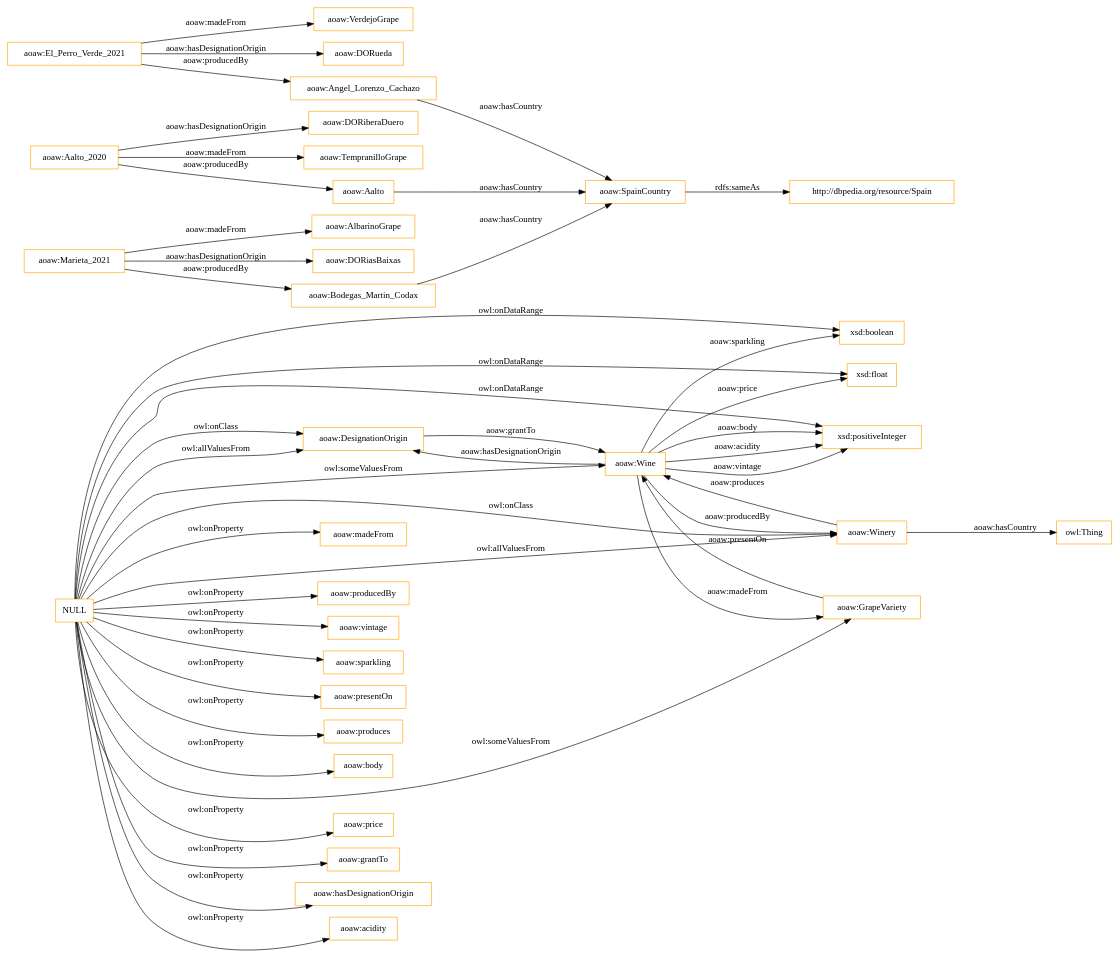
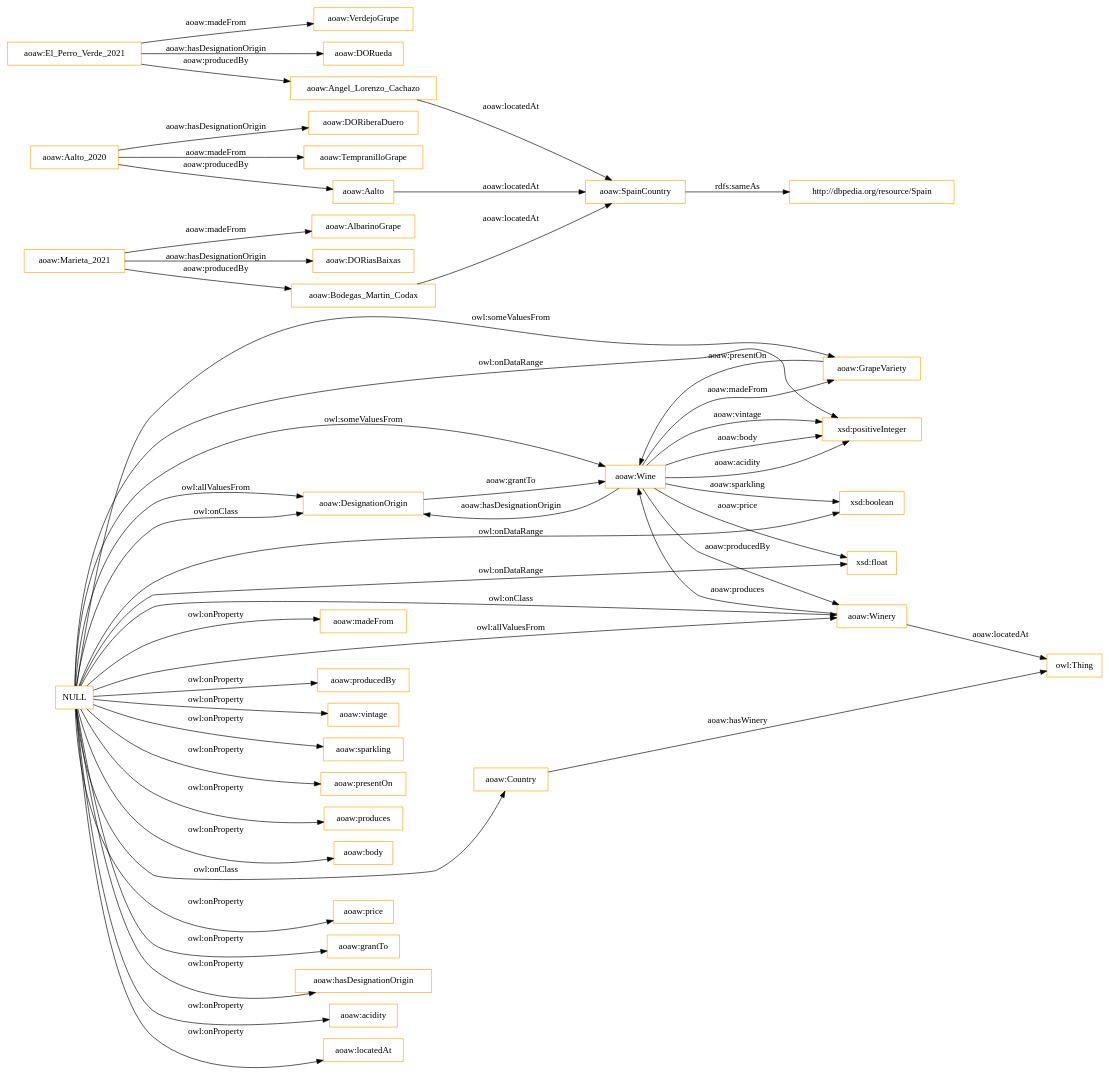
One commit to dcordobar/aoaw changed the diagram in OnToology/aoaw.rdf/diagrams/ar2dtool-class/aoaw.rdf.png.dot. Above: the diagram before and after it, drawn with Graphviz. The commit also changed 9 other files, not shown here.

```diff
--- a/OnToology/aoaw.rdf/diagrams/ar2dtool-class/aoaw.rdf.png.dot
+++ b/OnToology/aoaw.rdf/diagrams/ar2dtool-class/aoaw.rdf.png.dot
@@ -1,51 +1,54 @@
 digraph ar2dtool_diagram { 
 rankdir=LR;
 size="1501"
-node [shape = rectangle, color="orange"]; "aoaw:DesignationOrigin" "aoaw:VerdejoGrape" "aoaw:DORiberaDuero" "aoaw:Wine" "aoaw:AlbarinoGrape" "aoaw:TempranilloGrape" "aoaw:Winery" "aoaw:DORueda" "aoaw:DORiasBaixas" "aoaw:GrapeVariety" ; /*classes style*/
+node [shape = rectangle, color="orange"]; "aoaw:DesignationOrigin" "aoaw:VerdejoGrape" "aoaw:DORiberaDuero" "aoaw:Wine" "aoaw:AlbarinoGrape" "aoaw:TempranilloGrape" "aoaw:Winery" "aoaw:DORueda" "aoaw:DORiasBaixas" "aoaw:Country" "aoaw:GrapeVariety" ; /*classes style*/
 	"NULL" -> "xsd:boolean" [ label = "owl:onDataRange" ];
 	"NULL" -> "aoaw:madeFrom" [ label = "owl:onProperty" ];
 	"NULL" -> "xsd:float" [ label = "owl:onDataRange" ];
 	"NULL" -> "aoaw:GrapeVariety" [ label = "owl:someValuesFrom" ];
 	"NULL" -> "aoaw:producedBy" [ label = "owl:onProperty" ];
 	"NULL" -> "aoaw:Winery" [ label = "owl:onClass" ];
 	"NULL" -> "aoaw:DesignationOrigin" [ label = "owl:allValuesFrom" ];
 	"NULL" -> "aoaw:vintage" [ label = "owl:onProperty" ];
+	"NULL" -> "aoaw:Country" [ label = "owl:onClass" ];
 	"NULL" -> "aoaw:sparkling" [ label = "owl:onProperty" ];
 	"NULL" -> "aoaw:presentOn" [ label = "owl:onProperty" ];
 	"NULL" -> "aoaw:produces" [ label = "owl:onProperty" ];
 	"NULL" -> "aoaw:Wine" [ label = "owl:someValuesFrom" ];
 	"NULL" -> "aoaw:body" [ label = "owl:onProperty" ];
 	"NULL" -> "xsd:positiveInteger" [ label = "owl:onDataRange" ];
 	"NULL" -> "aoaw:price" [ label = "owl:onProperty" ];
 	"NULL" -> "aoaw:grantTo" [ label = "owl:onProperty" ];
 	"NULL" -> "aoaw:hasDesignationOrigin" [ label = "owl:onProperty" ];
 	"NULL" -> "aoaw:DesignationOrigin" [ label = "owl:onClass" ];
 	"NULL" -> "aoaw:acidity" [ label = "owl:onProperty" ];
 	"NULL" -> "aoaw:Winery" [ label = "owl:allValuesFrom" ];
+	"NULL" -> "aoaw:locatedAt" [ label = "owl:onProperty" ];
 	"aoaw:Aalto_2020" -> "aoaw:TempranilloGrape" [ label = "aoaw:madeFrom" ];
 	"aoaw:Aalto_2020" -> "aoaw:Aalto" [ label = "aoaw:producedBy" ];
 	"aoaw:Aalto_2020" -> "aoaw:DORiberaDuero" [ label = "aoaw:hasDesignationOrigin" ];
-	"aoaw:Angel_Lorenzo_Cachazo" -> "aoaw:SpainCountry" [ label = "aoaw:hasCountry" ];
+	"aoaw:Angel_Lorenzo_Cachazo" -> "aoaw:SpainCountry" [ label = "aoaw:locatedAt" ];
 	"aoaw:El_Perro_Verde_2021" -> "aoaw:DORueda" [ label = "aoaw:hasDesignationOrigin" ];
 	"aoaw:El_Perro_Verde_2021" -> "aoaw:Angel_Lorenzo_Cachazo" [ label = "aoaw:producedBy" ];
 	"aoaw:El_Perro_Verde_2021" -> "aoaw:VerdejoGrape" [ label = "aoaw:madeFrom" ];
-	"aoaw:Bodegas_Martin_Codax" -> "aoaw:SpainCountry" [ label = "aoaw:hasCountry" ];
+	"aoaw:Bodegas_Martin_Codax" -> "aoaw:SpainCountry" [ label = "aoaw:locatedAt" ];
 	"aoaw:SpainCountry" -> "http://dbpedia.org/resource/Spain" [ label = "rdfs:sameAs" ];
-	"aoaw:Aalto" -> "aoaw:SpainCountry" [ label = "aoaw:hasCountry" ];
+	"aoaw:Aalto" -> "aoaw:SpainCountry" [ label = "aoaw:locatedAt" ];
 	"aoaw:Marieta_2021" -> "aoaw:AlbarinoGrape" [ label = "aoaw:madeFrom" ];
 	"aoaw:Marieta_2021" -> "aoaw:Bodegas_Martin_Codax" [ label = "aoaw:producedBy" ];
 	"aoaw:Marieta_2021" -> "aoaw:DORiasBaixas" [ label = "aoaw:hasDesignationOrigin" ];
 	"aoaw:GrapeVariety" -> "aoaw:Wine" [ label = "aoaw:presentOn" ];
+	"aoaw:Country" -> "owl:Thing" [ label = "aoaw:hasWinery" ];
 	"aoaw:Wine" -> "xsd:positiveInteger" [ label = "aoaw:body" ];
 	"aoaw:DesignationOrigin" -> "aoaw:Wine" [ label = "aoaw:grantTo" ];
-	"aoaw:Wine" -> "xsd:positiveInteger" [ label = "aoaw:acidity" ];
-	"aoaw:Wine" -> "xsd:positiveInteger" [ label = "aoaw:vintage" ];
-	"aoaw:Winery" -> "owl:Thing" [ label = "aoaw:hasCountry" ];
-	"aoaw:Wine" -> "xsd:boolean" [ label = "aoaw:sparkling" ];
 	"aoaw:Wine" -> "aoaw:GrapeVariety" [ label = "aoaw:madeFrom" ];
 	"aoaw:Wine" -> "aoaw:Winery" [ label = "aoaw:producedBy" ];
+	"aoaw:Wine" -> "aoaw:DesignationOrigin" [ label = "aoaw:hasDesignationOrigin" ];
+	"aoaw:Wine" -> "xsd:positiveInteger" [ label = "aoaw:acidity" ];
+	"aoaw:Winery" -> "owl:Thing" [ label = "aoaw:locatedAt" ];
+	"aoaw:Wine" -> "xsd:positiveInteger" [ label = "aoaw:vintage" ];
+	"aoaw:Wine" -> "xsd:boolean" [ label = "aoaw:sparkling" ];
 	"aoaw:Winery" -> "aoaw:Wine" [ label = "aoaw:produces" ];
-	"aoaw:Wine" -> "aoaw:DesignationOrigin" [ label = "aoaw:hasDesignationOrigin" ];
 	"aoaw:Wine" -> "xsd:float" [ label = "aoaw:price" ];
 
 }
```
